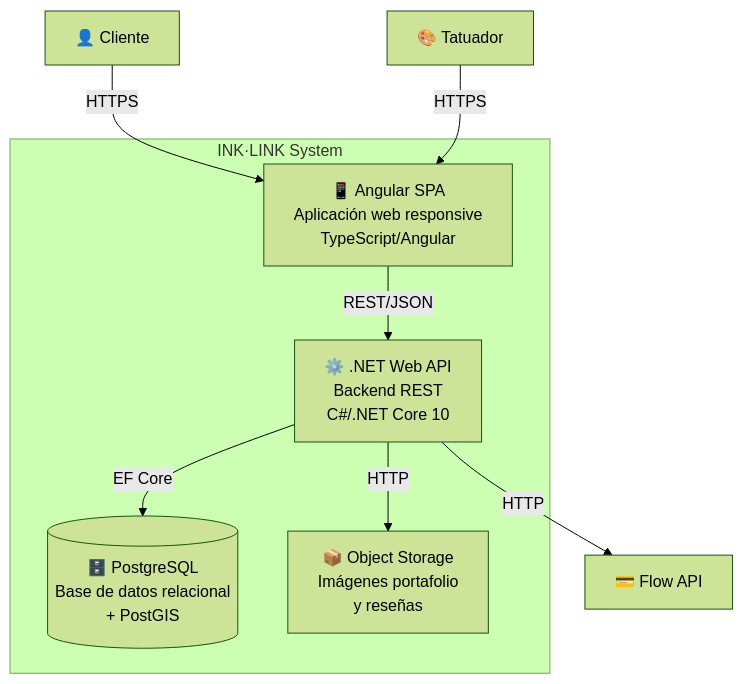
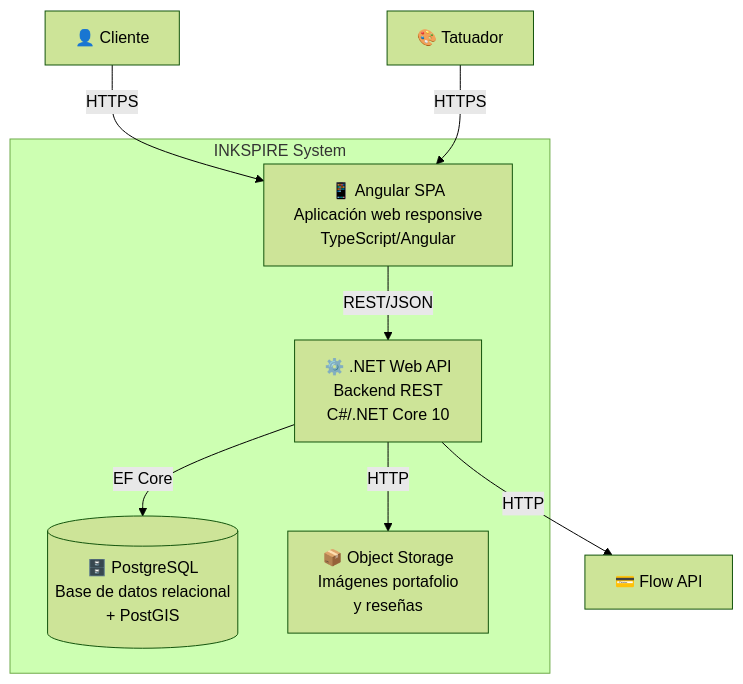
One commit to LIDR-academy/AI4Devs-finalproject changed diagram 13 of 14 in docs/documentacion.md. Above: the diagram before and after it, drawn with Mermaid (forest theme). The commit also changed other lines of this file and 26 other files, not shown here.

First line of the commit message:
docs: rebrand INK·LINK → INKSPIRE en toda la documentación

````diff
--- a/docs/documentacion.md
+++ b/docs/documentacion.md
@@ -953,21 +953,21 @@
 ```mermaid
 flowchart TB
     CLIENT[👤 Cliente]
     ARTIST[🎨 Tatuador]
 
-    subgraph INKLINK["INK·LINK System"]
+    subgraph INKLINK["INKSPIRE System"]
         SPA[📱 Angular SPA<br/>Aplicación web responsive<br/>TypeScript/Angular]
         API[⚙️ .NET Web API<br/>Backend REST<br/>C#/.NET Core 10]
         DB[(🗄️ PostgreSQL<br/>Base de datos relacional<br/>+ PostGIS)]
         STORAGE[📦 Object Storage<br/>Imágenes portafolio<br/>y reseñas]
     end
 
     FLOW_EXT[💳 Flow API]
 
     CLIENT -->|HTTPS| SPA
     ARTIST -->|HTTPS| SPA
     SPA -->|REST/JSON| API
     API -->|EF Core| DB
     API -->|HTTP| STORAGE
     API -->|HTTP| FLOW_EXT
 ```
````
